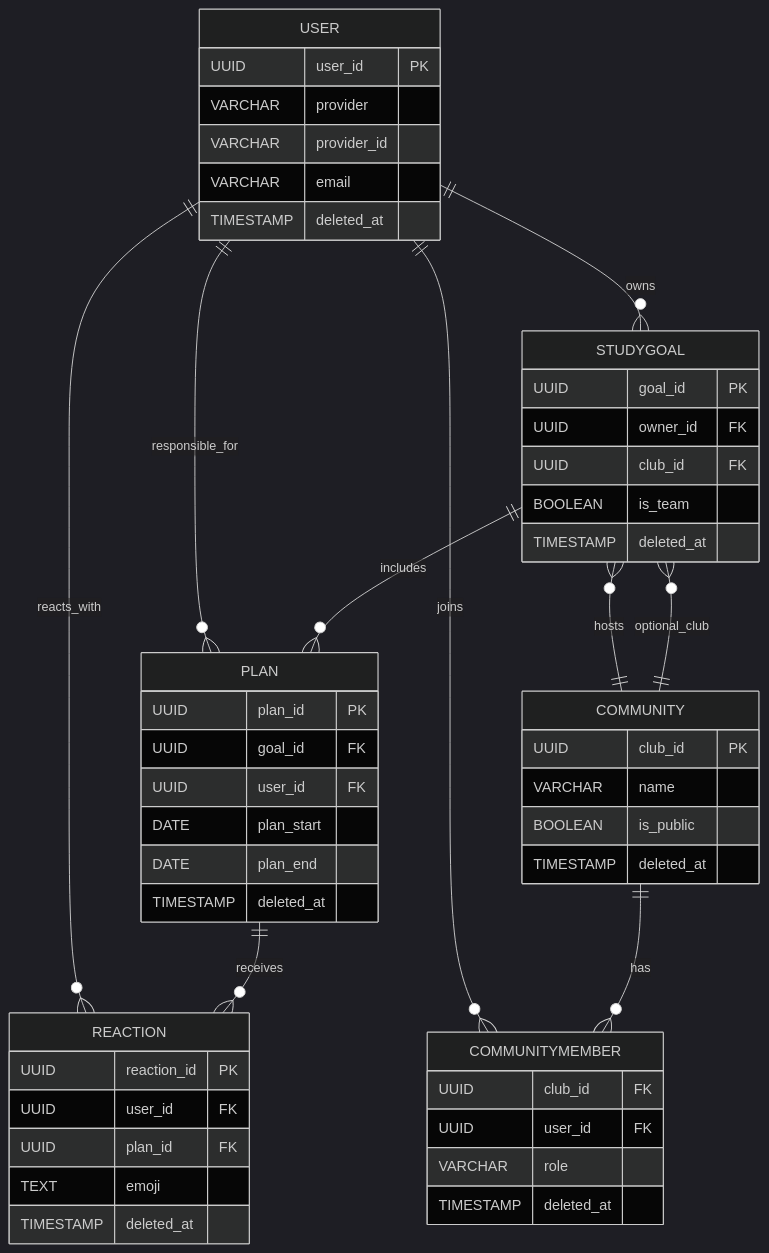
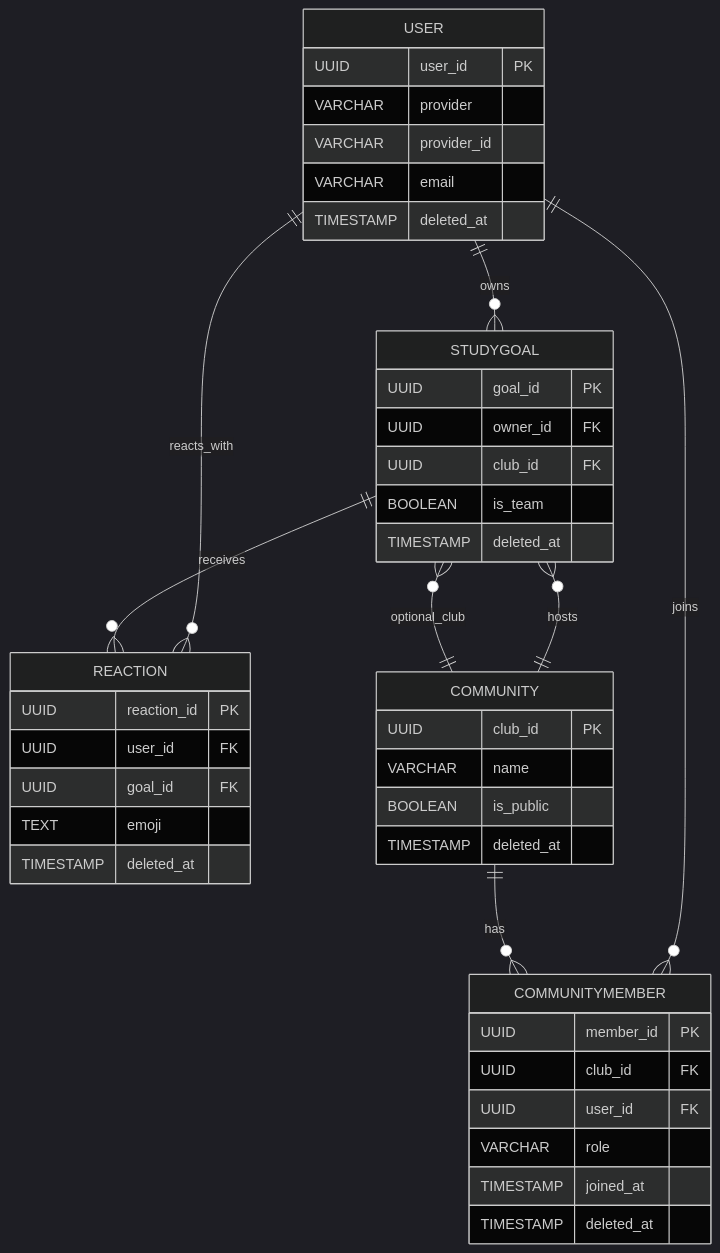
Before and after one commit to FRONTENDBOOTCAMP-14th/react_project_1: the diagram in docs/data-model.md, drawn with Mermaid (dark theme). The commit also changed other lines of this file, not shown here.

Commit message:
refactor: Plan 엔티티 삭제 및 reaction을 reaction은 studygoal에 직접 연결

````diff
--- a/docs/data-model.md
+++ b/docs/data-model.md
@@ -5,54 +5,46 @@
 ```mermaid
 erDiagram
     USER {
         UUID user_id PK
         VARCHAR provider
         VARCHAR provider_id
         VARCHAR email
         TIMESTAMP deleted_at
     }
     STUDYGOAL {
         UUID goal_id PK
         UUID owner_id FK
         UUID club_id FK
         BOOLEAN is_team
         TIMESTAMP deleted_at
     }
-    PLAN {
-        UUID plan_id PK
-        UUID goal_id FK
-        UUID user_id FK
-        DATE plan_start
-        DATE plan_end
-        TIMESTAMP deleted_at
-    }
     REACTION {
         UUID reaction_id PK
         UUID user_id FK
-        UUID plan_id FK
+        UUID goal_id FK
         TEXT emoji
         TIMESTAMP deleted_at
     }
     COMMUNITY {
         UUID club_id PK
         VARCHAR name
         BOOLEAN is_public
         TIMESTAMP deleted_at
     }
     COMMUNITYMEMBER {
+        UUID member_id PK
         UUID club_id FK
         UUID user_id FK
         VARCHAR role
+        TIMESTAMP joined_at
         TIMESTAMP deleted_at
     }
 
     USER ||--o{ STUDYGOAL : owns
-    STUDYGOAL ||--o{ PLAN : includes
-    USER ||--o{ PLAN : responsible_for
-    PLAN ||--o{ REACTION : receives
+    STUDYGOAL ||--o{ REACTION : receives
     USER ||--o{ REACTION : reacts_with
     COMMUNITY ||--o{ STUDYGOAL : hosts
     STUDYGOAL }o--|| COMMUNITY : optional_club
     COMMUNITY ||--o{ COMMUNITYMEMBER : has
     USER ||--o{ COMMUNITYMEMBER : joins
 ```
````
